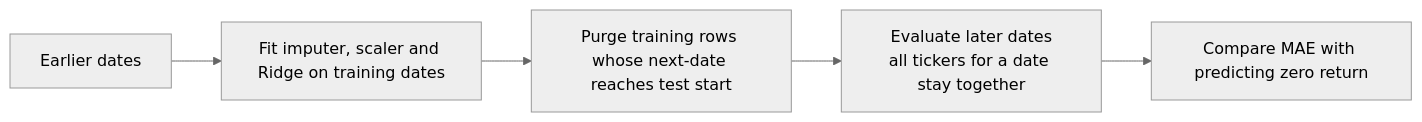
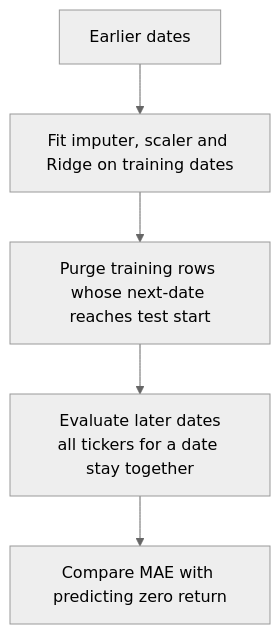
The second of 2 diagrams in README.md (saishivasanjeethpaikarao-jpg/hengseng-sentiment-agent), drawn with Mermaid (neutral theme) before and after one commit. The commit also changed other lines of this file, not shown here.

Commit message:
Refine interview pitch and mobile flowcharts

````diff
--- a/README.md
+++ b/README.md
@@ -98,7 +98,7 @@
 ```mermaid
-flowchart LR
+flowchart TD
     A["Earlier dates"] --> B["Fit imputer, scaler and Ridge on training dates"]
     B --> C["Purge training rows whose next-date reaches test start"]
     C --> D["Evaluate later dates<br/>all tickers for a date stay together"]
     D --> E["Compare MAE with predicting zero return"]
 ```
````
